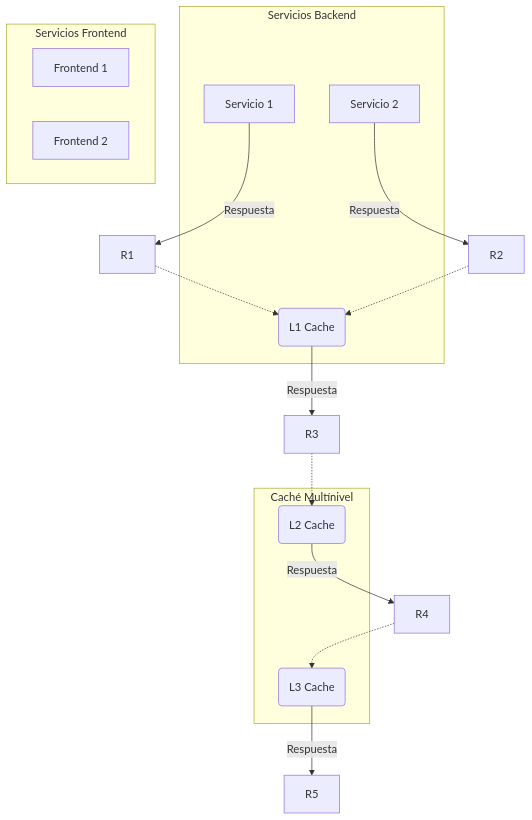
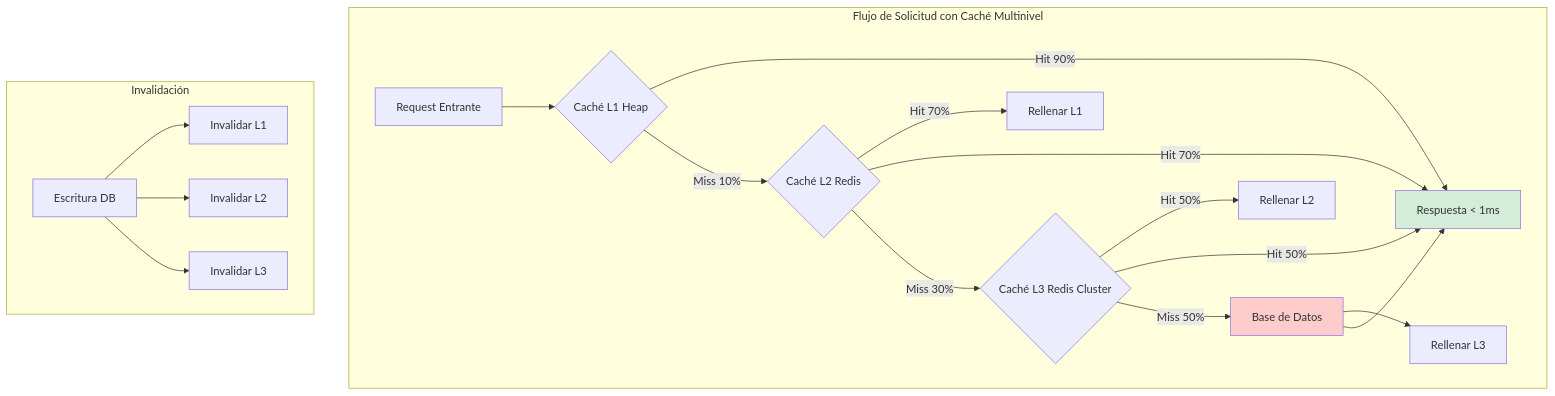
Before and after one commit to Joaquinriosheredia/DAM-Java-Mastery: the first of 3 diagrams in _Review/caching_multinivel_l1_l2_l3/caching_multinivel_l1_l2_l3.md, drawn with Mermaid. The commit also changed other lines of this file, not shown here.

Commit message:
caching_multinivel_l1_l2_l3.md

````diff
--- a/_Review/caching_multinivel_l1_l2_l3/caching_multinivel_l1_l2_l3.md
+++ b/_Review/caching_multinivel_l1_l2_l3/caching_multinivel_l1_l2_l3.md
@@ -47,25 +75,25 @@
 ```mermaid
 graph TD
-    subgraph Servicios Backend
-        S1[Servicio 1]
-        S2[Servicio 2]
-        L1(L1 Cache)
+    subgraph "Flujo de Solicitud con Caché Multinivel"
+        REQ[Request Entrante] --> L1{Caché L1 Heap}
+        L1 -->|Hit 90%| RESP[Respuesta < 1ms]
+        L1 -->|Miss 10%| L2{Caché L2 Redis}
+        L2 -->|Hit 70%| L1_FILL[Rellenar L1]
+        L2 -->|Hit 70%| RESP
+        L2 -->|Miss 30%| L3{Caché L3 Redis Cluster}
+        L3 -->|Hit 50%| L2_FILL[Rellenar L2]
+        L3 -->|Hit 50%| RESP
+        L3 -->|Miss 50%| DB[Base de Datos]
+        DB --> L3_FILL[Rellenar L3]
+        DB --> RESP
     end
-    subgraph Servicios Frontend
-        F1[Frontend 1]
-        F2[Frontend 2]
+    
+    subgraph "Invalidación"
+        WRITE[Escritura DB] --> INVALID_L1[Invalidar L1]
+        WRITE --> INVALID_L2[Invalidar L2]
+        WRITE --> INVALID_L3[Invalidar L3]
     end
-    subgraph Caché Multínivel
-        L2(L2 Cache)
-        L3(L3 Cache)
-    end
-    S1 -->|Respuesta|R1[R1]
-    S2 -->|Respuesta|R2[R2]
-    R1 -.-> L1
-    R2 -.-> L1
-    L1 -->|Respuesta|R3[R3]
-    R3 -.-> L2
-    L2 -->|Respuesta|R4[R4]
-    R4 -.-> L3
-    L3 -->|Respuesta|R5[R5]
+    
+    style RESP fill:#d4edda
+    style DB fill:#ffcccc
 ```
````
